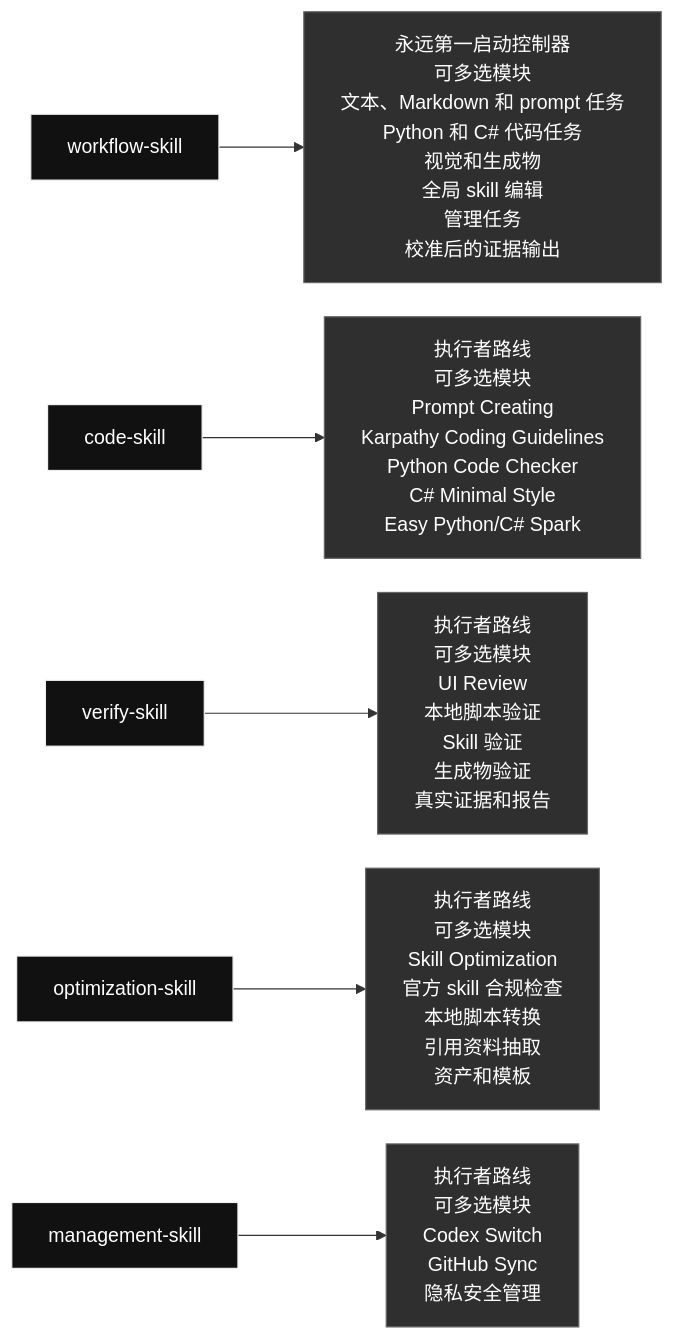
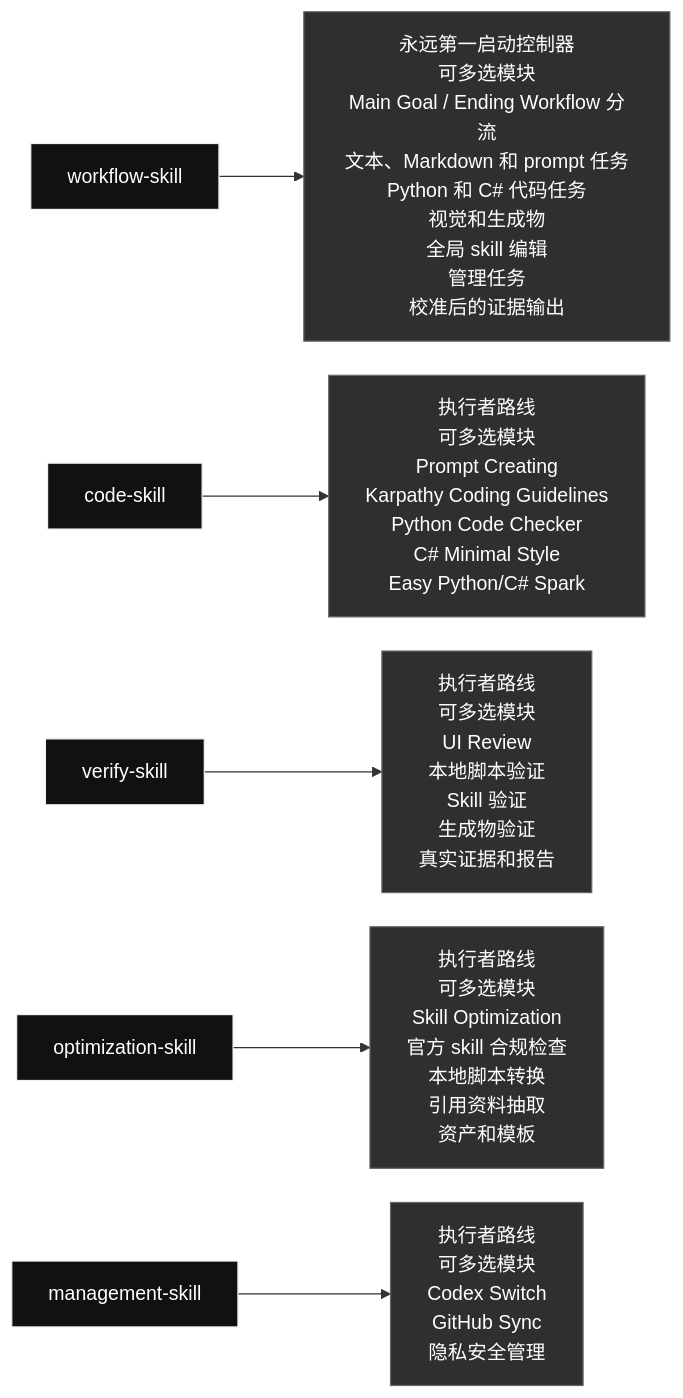
Before and after one commit to qinbatista/qin-codex-skills: the first of 2 diagrams in README.zh.md, drawn with Mermaid. The commit also changed other lines of this file and 2 other files, not shown here.

Commit message:
Update README workflow lane diagram

````diff
--- a/README.zh.md
+++ b/README.zh.md
@@ -7,13 +7,13 @@
 ```mermaid
 %%{init: {"flowchart": {"nodeSpacing": 28, "rankSpacing": 54, "wrappingWidth": 240}}}%%
 flowchart LR
-  skill_workflow_skill["workflow-skill"] --> inside_workflow_skill["永远第一启动控制器<br/>可多选模块<br/>文本、Markdown 和 prompt 任务<br/>Python 和 C# 代码任务<br/>视觉和生成物<br/>全局 skill 编辑<br/>管理任务<br/>校准后的证据输出"]
+  skill_workflow_skill["workflow-skill"] --> inside_workflow_skill["永远第一启动控制器<br/>可多选模块<br/>Main Goal / Ending Workflow 分流<br/>文本、Markdown 和 prompt 任务<br/>Python 和 C# 代码任务<br/>视觉和生成物<br/>全局 skill 编辑<br/>管理任务<br/>校准后的证据输出"]
   skill_code_skill["code-skill"] --> inside_code_skill["执行者路线<br/>可多选模块<br/>Prompt Creating<br/>Karpathy Coding Guidelines<br/>Python Code Checker<br/>C# Minimal Style<br/>Easy Python/C# Spark"]
   skill_verify_skill["verify-skill"] --> inside_verify_skill["执行者路线<br/>可多选模块<br/>UI Review<br/>本地脚本验证<br/>Skill 验证<br/>生成物验证<br/>真实证据和报告"]
   skill_optimization_skill["optimization-skill"] --> inside_optimization_skill["执行者路线<br/>可多选模块<br/>Skill Optimization<br/>官方 skill 合规检查<br/>本地脚本转换<br/>引用资料抽取<br/>资产和模板"]
   skill_management_skill["management-skill"] --> inside_management_skill["执行者路线<br/>可多选模块<br/>Codex Switch<br/>GitHub Sync<br/>隐私安全管理"]
   classDef skill fill:#111,color:#fff,stroke:#eee;
   classDef content fill:#2f2f2f,color:#fff,stroke:#666;
   class skill_workflow_skill,skill_code_skill,skill_verify_skill,skill_optimization_skill,skill_management_skill skill;
   class inside_workflow_skill,inside_code_skill,inside_verify_skill,inside_optimization_skill,inside_management_skill content;
 ```
````
